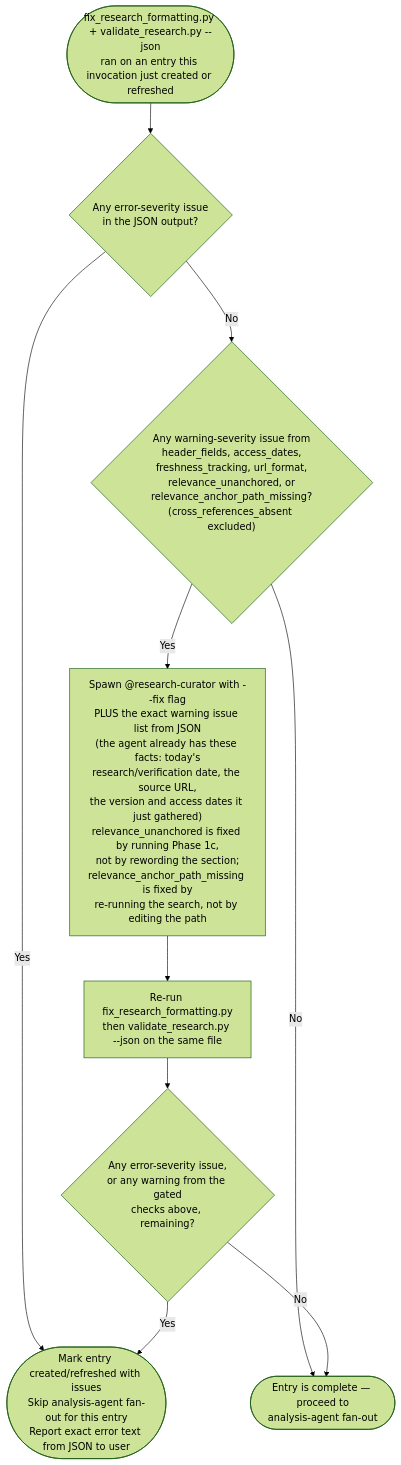
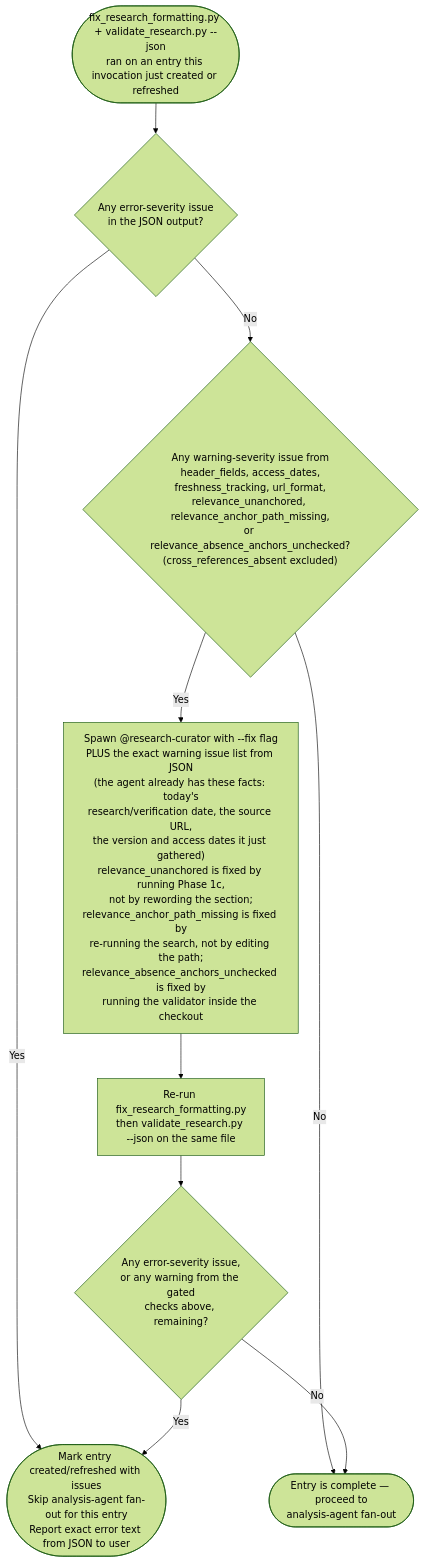
Before and after one commit to Jamie-BitFlight/claude_skills: the diagram in .claude/skills/research-curator/references/validation-rules.md, drawn with Mermaid (forest theme). The commit also changed other lines of this file and 5 other files, not shown here.

````diff
--- a/.claude/skills/research-curator/references/validation-rules.md
+++ b/.claude/skills/research-curator/references/validation-rules.md
@@ -37,12 +40,12 @@
 ```mermaid
 flowchart TD
     Start(["fix_research_formatting.py + validate_research.py --json<br>ran on an entry this invocation just created or refreshed"]) --> HasErr{"Any error-severity issue<br>in the JSON output?"}
     HasErr -->|"Yes"| MarkIssues(["Mark entry created/refreshed with issues<br>Skip analysis-agent fan-out for this entry<br>Report exact error text from JSON to user"])
-    HasErr -->|"No"| HasGatedWarn{"Any warning-severity issue from<br>header_fields, access_dates,<br>freshness_tracking, url_format,<br>relevance_unanchored, or<br>relevance_anchor_path_missing?<br>(cross_references_absent excluded)"}
+    HasErr -->|"No"| HasGatedWarn{"Any warning-severity issue from<br>header_fields, access_dates,<br>freshness_tracking, url_format,<br>relevance_unanchored, relevance_anchor_path_missing,<br>or relevance_absence_anchors_unchecked?<br>(cross_references_absent excluded)"}
     HasGatedWarn -->|"No"| Proceed(["Entry is complete — proceed to<br>analysis-agent fan-out"])
-    HasGatedWarn -->|"Yes"| SpawnFix["Spawn @research-curator with --fix flag<br>PLUS the exact warning issue list from JSON<br>(the agent already has these facts: today's<br>research/verification date, the source URL,<br>the version and access dates it just gathered)<br>relevance_unanchored is fixed by running Phase 1c,<br>not by rewording the section;<br>relevance_anchor_path_missing is fixed by<br>re-running the search, not by editing the path"]
+    HasGatedWarn -->|"Yes"| SpawnFix["Spawn @research-curator with --fix flag<br>PLUS the exact warning issue list from JSON<br>(the agent already has these facts: today's<br>research/verification date, the source URL,<br>the version and access dates it just gathered)<br>relevance_unanchored is fixed by running Phase 1c,<br>not by rewording the section;<br>relevance_anchor_path_missing is fixed by<br>re-running the search, not by editing the path;<br>relevance_absence_anchors_unchecked is fixed by<br>running the validator inside the checkout"]
     SpawnFix --> Rerun["Re-run fix_research_formatting.py<br>then validate_research.py --json on the same file"]
     Rerun --> HasErr2{"Any error-severity issue,<br>or any warning from the gated<br>checks above, remaining?"}
     HasErr2 -->|"Yes"| MarkIssues
     HasErr2 -->|"No"| Proceed
 ```
````
